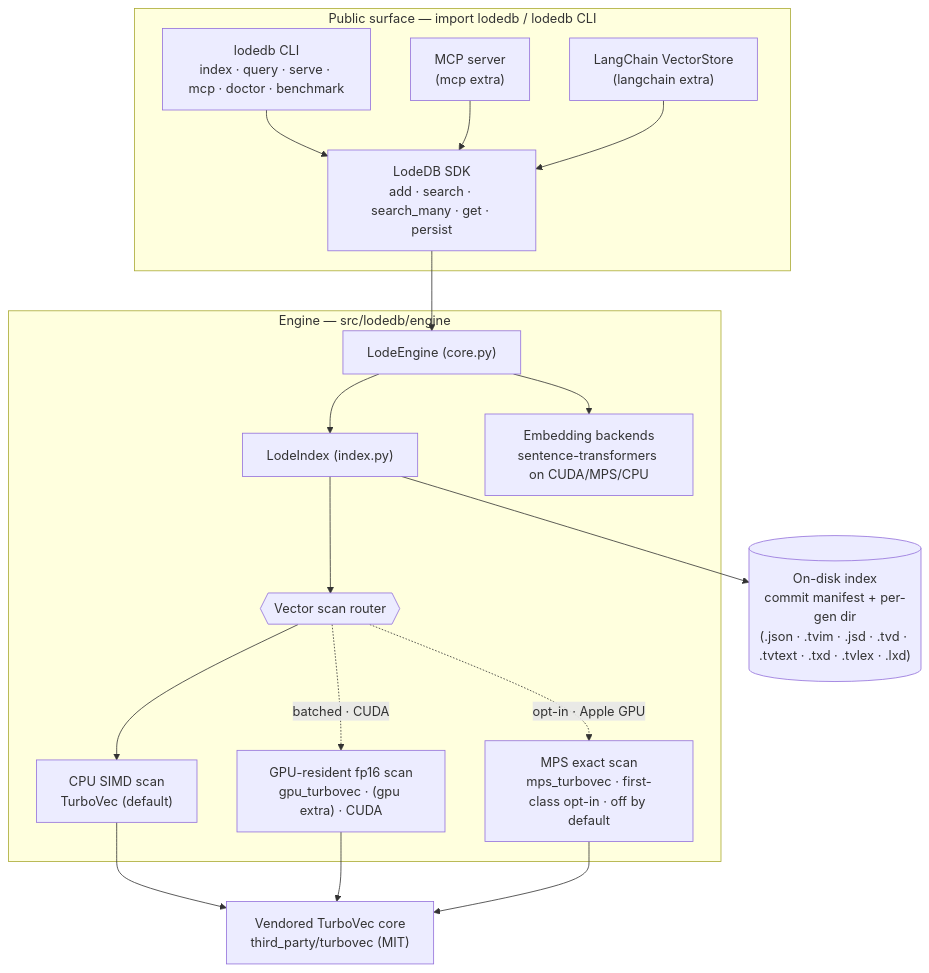
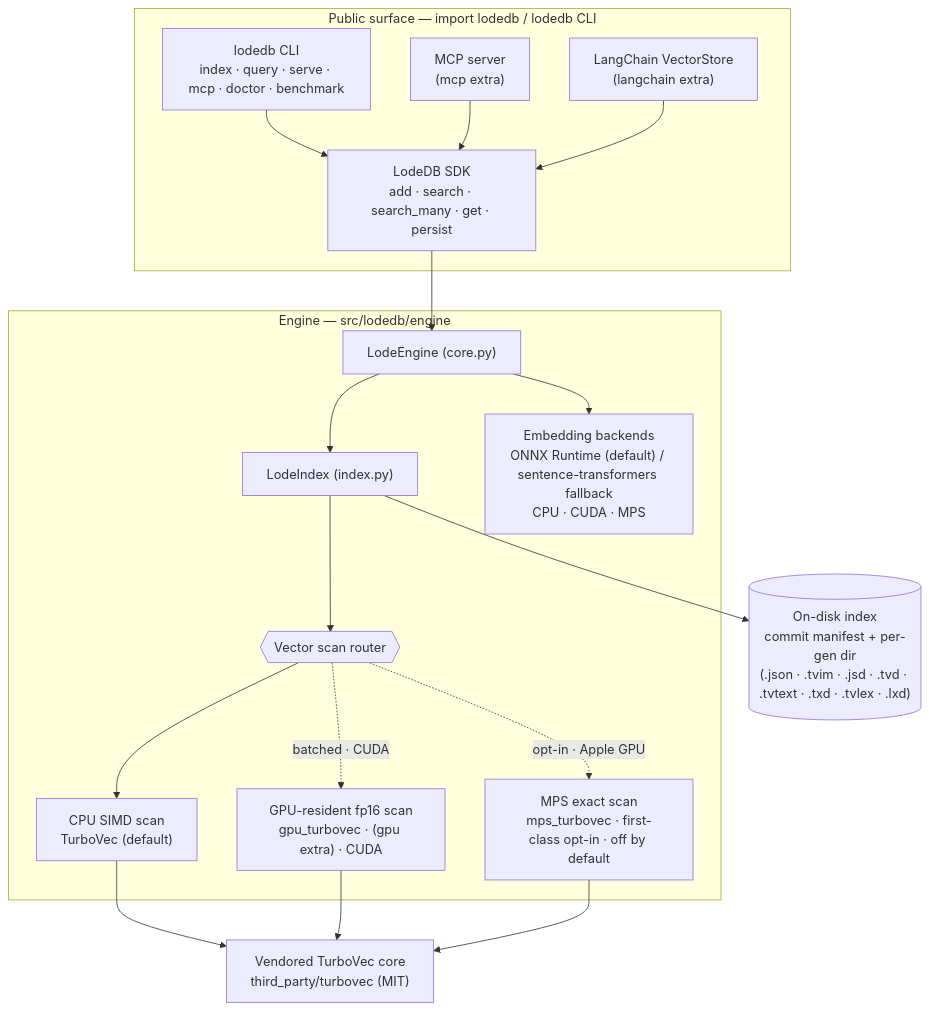
Before and after one commit to Egoist-Machines/LodeDB: the first of 2 diagrams in docs/architecture.md, drawn with Mermaid. The commit also changed other lines of this file and 16 other files, not shown here.

First line of the commit message:
feat(embeddings): default to ONNX Runtime with a PyTorch fallback

````diff
--- a/docs/architecture.md
+++ b/docs/architecture.md
@@ -5,35 +5,35 @@
 ```mermaid
 flowchart TB
   subgraph API["Public surface — import lodedb / lodedb CLI"]
     SDK["LodeDB SDK<br/>add · search · search_many · get · persist"]
     CLI["lodedb CLI<br/>index · query · serve · mcp · doctor · benchmark"]
     MCP["MCP server<br/>(mcp extra)"]
     LC["LangChain VectorStore<br/>(langchain extra)"]
   end
   subgraph ENG["Engine — src/lodedb/engine"]
     CORE["LodeEngine (core.py)"]
     IDX["LodeIndex (index.py)"]
-    EMB["Embedding backends<br/>sentence-transformers on CUDA/MPS/CPU"]
+    EMB["Embedding backends<br/>ONNX Runtime (default) / sentence-transformers fallback<br/>CPU · CUDA · MPS"]
     SCAN{{"Vector scan router"}}
     CPU["CPU SIMD scan<br/>TurboVec (default)"]
     GPU["GPU-resident fp16 scan<br/>gpu_turbovec · (gpu extra) · CUDA"]
     MPSS["MPS exact scan<br/>mps_turbovec · first-class opt-in · off by default"]
   end
   TV["Vendored TurboVec core<br/>third_party/turbovec (MIT)"]
   DISK[("On-disk index<br/>commit manifest + per-gen dir<br/>(.json · .tvim · .jsd · .tvd · .tvtext · .txd · .tvlex · .lxd)")]
 
   CLI --> SDK
   MCP --> SDK
   LC --> SDK
   SDK --> CORE
   CORE --> EMB
   CORE --> IDX
   IDX --> SCAN
   SCAN --> CPU
   SCAN -.->|"batched · CUDA"| GPU
   SCAN -.->|"opt-in · Apple GPU"| MPSS
   CPU --> TV
   GPU --> TV
   MPSS --> TV
   IDX --> DISK
 ```
````
